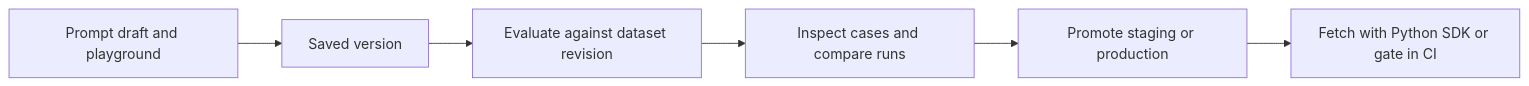
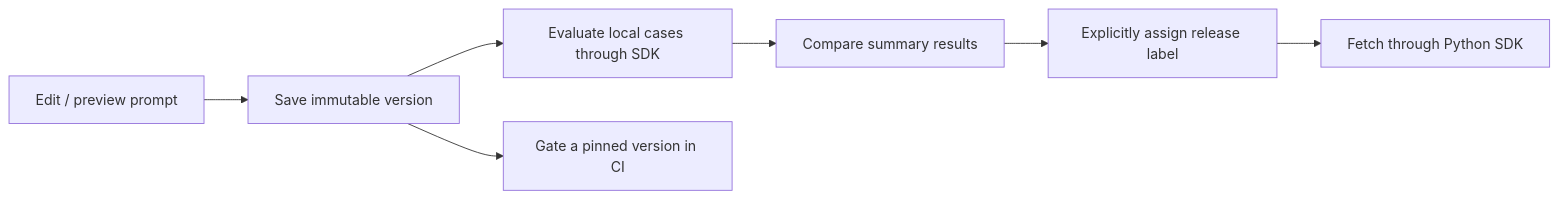
Before and after one commit to FazlulKarimC/LLM_Forge: the first of 2 diagrams in README.md, drawn with Mermaid. The commit also changed other lines of this file and 74 other files, not shown here.

First line of the commit message:
Replace dataset management with local SDK evaluation reports

````diff
--- a/README.md
+++ b/README.md
@@ -9,8 +11,9 @@
 ```mermaid
 flowchart LR
-    Draft[Prompt draft and playground] --> Version[Saved version]
-    Version --> Run[Evaluate against dataset revision]
-    Run --> Compare[Inspect cases and compare runs]
-    Compare --> Release[Promote staging or production]
-    Release --> SDK[Fetch with Python SDK or gate in CI]
+    Draft["Edit / preview prompt"] --> Version["Save immutable version"]
+    Version --> Evaluate["Evaluate local cases through SDK"]
+    Evaluate --> Compare["Compare summary results"]
+    Compare --> Release["Explicitly assign release label"]
+    Release --> App["Fetch through Python SDK"]
+    Version --> CI["Gate a pinned version in CI"]
 ```
````
